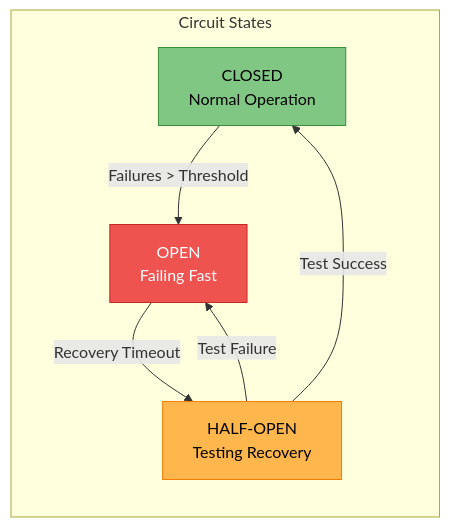
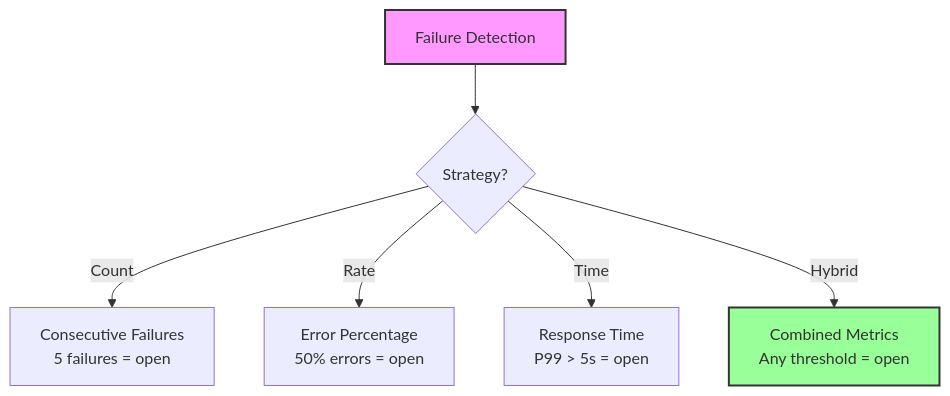
Before and after one commit to deepaucksharma/DStudio: the second of 6 diagrams in docs/pattern-library/resilience/circuit-breaker.md, drawn with Mermaid. The commit also changed other lines of this file and 64 other files, not shown here.

````diff
--- a/docs/pattern-library/resilience/circuit-breaker.md
+++ b/docs/pattern-library/resilience/circuit-breaker.md
@@ -180,20 +118,11 @@
 ```mermaid
-graph LR
-    subgraph "Circuit States"
-        C[CLOSED<br/>Normal Operation]
-        O[OPEN<br/>Failing Fast]
-        H[HALF-OPEN<br/>Testing Recovery]
-    end
+graph TD
+    A[Failure Detection] --> B{Strategy?}
+    B -->|Count| C[Consecutive Failures<br/>5 failures = open]
+    B -->|Rate| D[Error Percentage<br/>50% errors = open]
+    B -->|Time| E[Response Time<br/>P99 > 5s = open]
+    B -->|Hybrid| F[Combined Metrics<br/>Any threshold = open]
     
-    C -->|"Failures > Threshold"| O
-    O -->|"Recovery Timeout"| H
-    H -->|"Test Success"| C
-    H -->|"Test Failure"| O
-    
-    classDef closed fill:#81c784,stroke:#388e3c,color:#000
-    classDef open fill:#ef5350,stroke:#c62828,color:#fff
-    classDef halfopen fill:#ffb74d,stroke:#f57c00,color:#000
-    class C closed
-    class O open
-    class H halfopen
+    style A fill:#f9f,stroke:#333,stroke-width:2px
+    style F fill:#9f9,stroke:#333,stroke-width:2px
 ```
````
